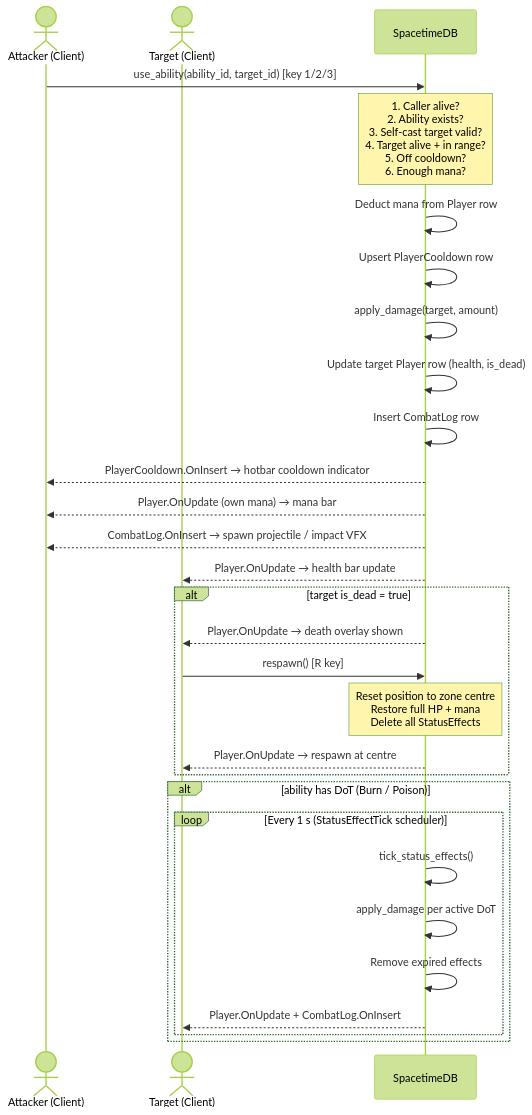
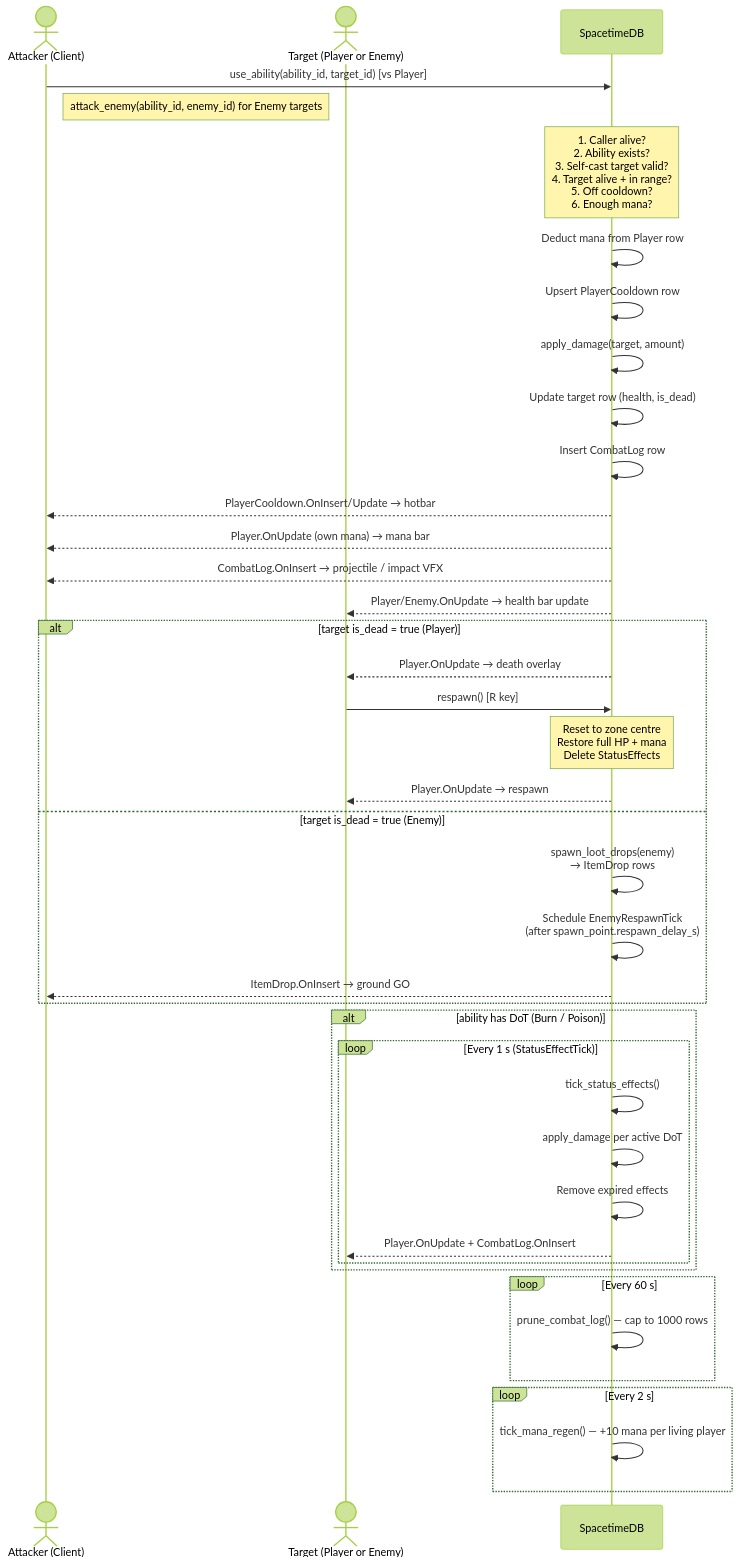
One commit to bjsmithxyz/zoneforge changed the fifth of 8 diagrams in docs/architecture/Diagrams.md. Above: the diagram before and after it, drawn with Mermaid (forest theme). The commit also changed other lines of this file and 11 other files, not shown here.

First line of the commit message:
docs: refresh all docs for Phase 5 (architecture, design, guides, ADRs)

````diff
--- a/docs/architecture/Diagrams.md
+++ b/docs/architecture/Diagrams.md
@@ -212,35 +372,48 @@
 ```mermaid
 sequenceDiagram
     actor       P  as Attacker (Client)
-    actor       T  as Target (Client)
+    actor       T  as Target (Player or Enemy)
     participant S  as SpacetimeDB
 
-    P  ->>  S  : use_ability(ability_id, target_id)  [key 1/2/3]
+    P  ->>  S  : use_ability(ability_id, target_id)  [vs Player]
+    Note right of P : attack_enemy(ability_id, enemy_id) for Enemy targets
     Note over S : 1. Caller alive?<br/>2. Ability exists?<br/>3. Self-cast target valid?<br/>4. Target alive + in range?<br/>5. Off cooldown?<br/>6. Enough mana?
     S  ->>  S  : Deduct mana from Player row
     S  ->>  S  : Upsert PlayerCooldown row
     S  ->>  S  : apply_damage(target, amount)
-    S  ->>  S  : Update target Player row (health, is_dead)
+    S  ->>  S  : Update target row (health, is_dead)
     S  ->>  S  : Insert CombatLog row
 
-    S  -->> P  : PlayerCooldown.OnInsert → hotbar cooldown indicator
+    S  -->> P  : PlayerCooldown.OnInsert/Update → hotbar
     S  -->> P  : Player.OnUpdate (own mana) → mana bar
-    S  -->> P  : CombatLog.OnInsert → spawn projectile / impact VFX
-    S  -->> T  : Player.OnUpdate → health bar update
+    S  -->> P  : CombatLog.OnInsert → projectile / impact VFX
+    S  -->> T  : Player/Enemy.OnUpdate → health bar update
 
-    alt target is_dead = true
-        S  -->> T  : Player.OnUpdate → death overlay shown
+    alt target is_dead = true (Player)
+        S  -->> T  : Player.OnUpdate → death overlay
         T  ->>  S  : respawn()  [R key]
-        Note over S : Reset position to zone centre<br/>Restore full HP + mana<br/>Delete all StatusEffects
-        S  -->> T  : Player.OnUpdate → respawn at centre
+        Note over S : Reset to zone centre<br/>Restore full HP + mana<br/>Delete StatusEffects
+        S  -->> T  : Player.OnUpdate → respawn
+    else target is_dead = true (Enemy)
+        S  ->>  S  : spawn_loot_drops(enemy)<br/>→ ItemDrop rows
+        S  ->>  S  : Schedule EnemyRespawnTick<br/>(after spawn_point.respawn_delay_s)
+        S  -->> P  : ItemDrop.OnInsert → ground GO
     end
 
     alt ability has DoT (Burn / Poison)
-        loop Every 1 s (StatusEffectTick scheduler)
+        loop Every 1 s (StatusEffectTick)
             S  ->>  S  : tick_status_effects()
             S  ->>  S  : apply_damage per active DoT
             S  ->>  S  : Remove expired effects
             S  -->> T  : Player.OnUpdate + CombatLog.OnInsert
         end
     end
+
+    loop Every 60 s
+        S  ->>  S  : prune_combat_log() — cap to 1000 rows
+    end
+
+    loop Every 2 s
+        S  ->>  S  : tick_mana_regen() — +10 mana per living player
+    end
 ```
````
